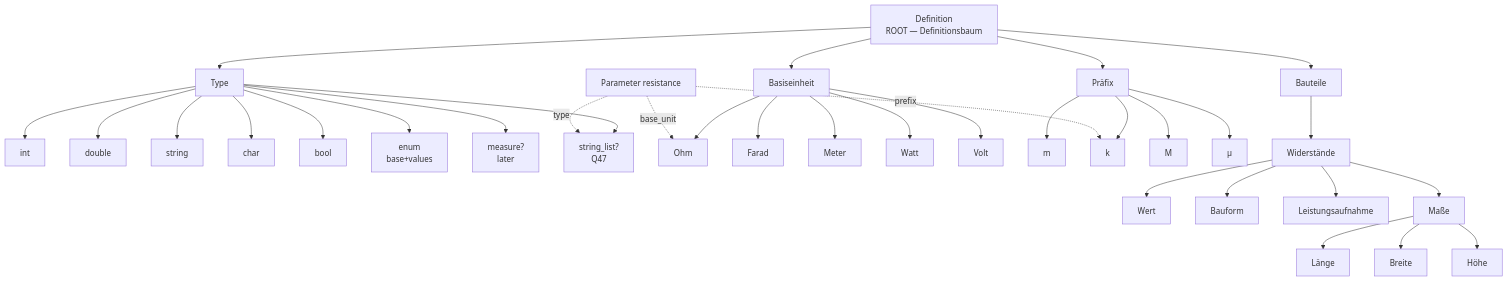
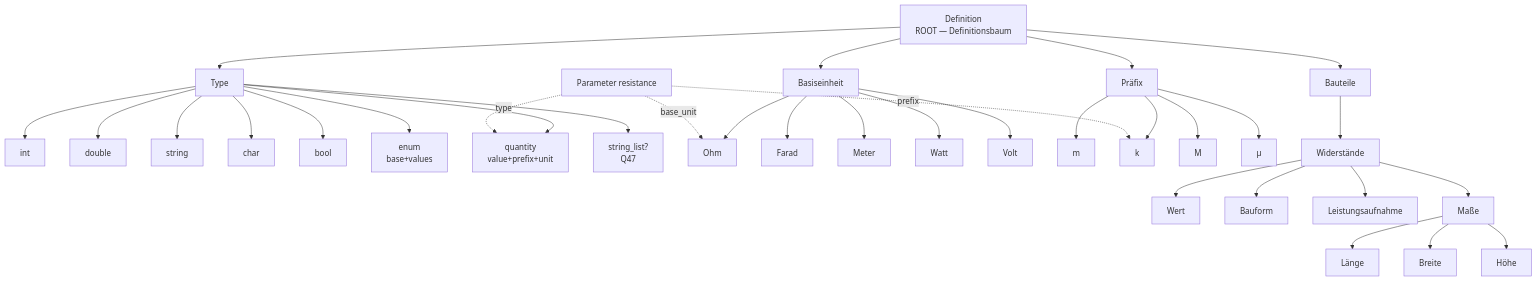
Before and after one commit to sfambach/wp-taxonomy-modeler: the fourth of 7 diagrams in docs/plans/data-structure.md, drawn with Mermaid. The commit also changed other lines of this file and 10 other files, not shown here.

First line of the commit message:
docs+proto: derived type quantity (Größe) in template

````diff
--- a/docs/plans/data-structure.md
+++ b/docs/plans/data-structure.md
@@ -545,43 +573,43 @@
 ```mermaid
 flowchart TB
   D["Definition<br/>ROOT — Definitionsbaum"]
 
   D --> T["Type"]
   D --> B["Basiseinheit"]
   D --> P["Präfix"]
   D --> Bau["Bauteile"]
 
   T --> T1["int"]
   T --> T2["double"]
   T --> T3["string"]
   T --> T4["char"]
   T --> T5["bool"]
   T --> T6["enum<br/>base+values"]
-  T --> T7["measure?<br/>later"]
+  T --> T7["quantity<br/>value+prefix+unit"]
   T --> T8["string_list?<br/>Q47"]
 
   B --> B1["Ohm"]
   B --> B2["Farad"]
   B --> B3["Meter"]
   B --> B4["Watt"]
   B --> B5["Volt"]
 
   P --> P1["m"]
   P --> P2["k"]
   P --> P3["M"]
   P --> P4["µ"]
 
   Bau --> W["Widerstände"]
   W --> V["Wert"]
   W --> F["Bauform"]
   W --> L["Leistungsaufnahme"]
   W --> M["Maße"]
   M --> GL["Länge"]
   M --> GB["Breite"]
   M --> GH["Höhe"]
 
   Param["Parameter resistance"]
-  Param -.->|type| T8
+  Param -.->|type| T7
   Param -.->|prefix| P2
   Param -.->|base_unit| B1
 ```
````
